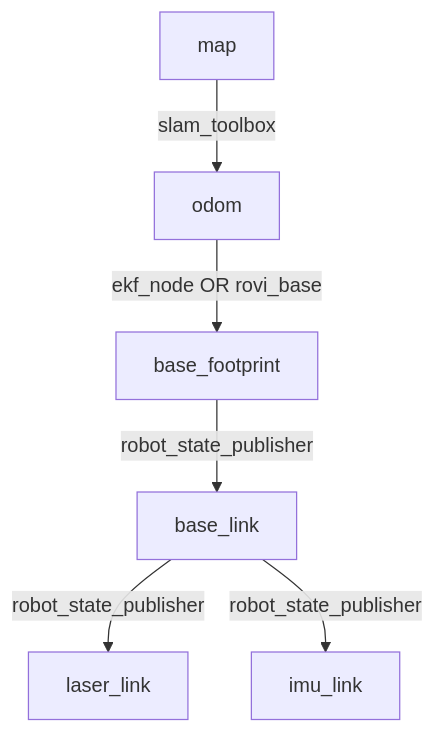
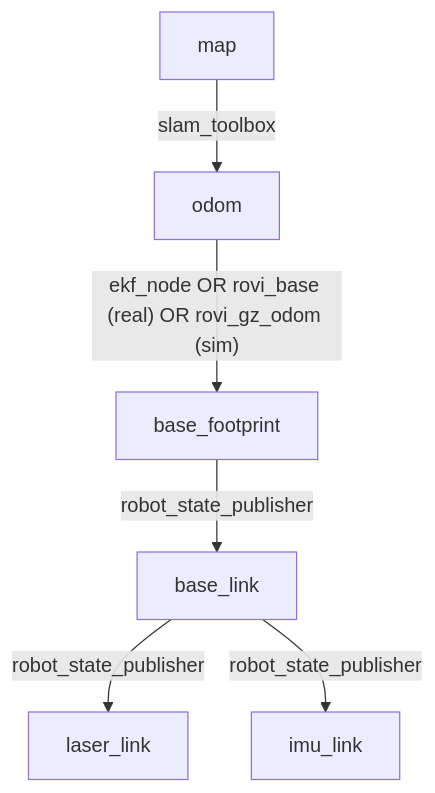
The ninth of 12 diagrams in README.md (Roblibs/rovi_ros_ws), drawn with Mermaid before and after one commit. The commit also changed other lines of this file and 7 other files, not shown here.

Commit message:
odom sim at ground truth

````diff
--- a/README.md
+++ b/README.md
@@ -480,8 +486,8 @@
 ```mermaid
 flowchart TD
   MAP[map] -->|slam_toolbox| ODOM[odom]
-  ODOM -->|ekf_node OR rovi_base| BASEF[base_footprint]
+  ODOM -->|"ekf_node OR rovi_base (real) OR rovi_gz_odom (sim)"| BASEF[base_footprint]
   BASEF -->|robot_state_publisher| BASEL[base_link]
   BASEL -->|robot_state_publisher| LASER[laser_link]
   BASEL -->|robot_state_publisher| IMU[imu_link]
 ```
````
